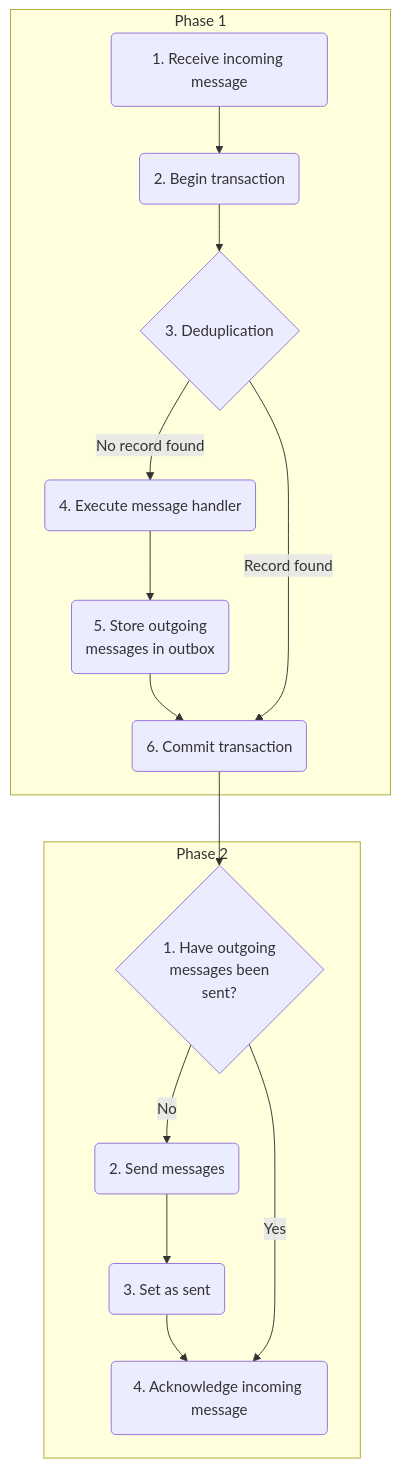
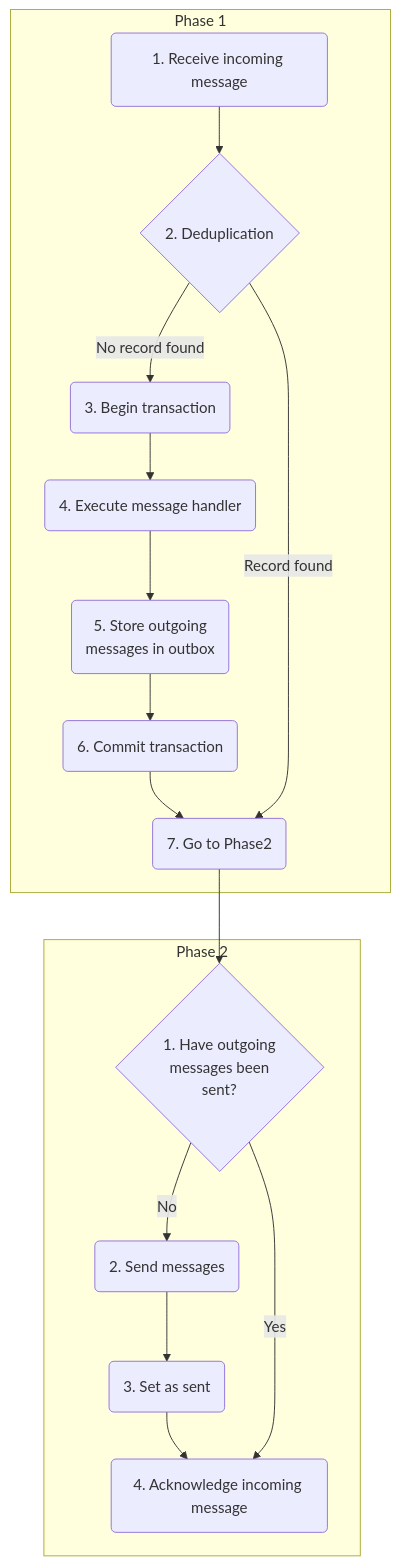
One commit to Particular/docs.particular.net changed the diagram in nservicebus/outbox/index.md. Above: the diagram before and after it, drawn with Mermaid. The commit also changed other lines of this file, not shown here.

Commit message:
modify to match code

````diff
--- a/nservicebus/outbox/index.md
+++ b/nservicebus/outbox/index.md
@@ -55,31 +55,33 @@
 ```mermaid
 graph TD
   subgraph Phase 1
-  receiveMessage(1. Receive incoming message)
-  createTx(2. Begin transaction)
-  dedupe{3. Deduplication}
+  receiveMessage(1. Receive incoming message)  
+  dedupe{2. Deduplication}
+  createTx(3. Begin transaction)
   messageHandler(4. Execute message handler)
   storeOutbox(5. Store outgoing<br/>messages in outbox)
   commitTx(6. Commit transaction)
+  phase2(7. Go to Phase2)
   end
 
   subgraph Phase 2
   areSent{1. Have outgoing<br/>messages been<br/>sent?}
   send(2. Send messages)
   updateOutbox(3. Set as sent)
   ack(4. Acknowledge incoming message)
   end
 
-  receiveMessage-->createTx
-  createTx-->dedupe
-  dedupe-- No record found -->messageHandler
+  receiveMessage-->dedupe
+  dedupe-- No record found -->createTx
+  createTx-->messageHandler
   messageHandler-->storeOutbox
   storeOutbox-->commitTx
-  commitTx-->areSent
+  commitTx-->phase2
+  phase2-->areSent
   send-->updateOutbox
-  updateOutbox-->ack
+  updateOutbox-->ack 
 
-  dedupe-- Record found -->commitTx
+  dedupe-- Record found -->phase2
   areSent-- No -->send
   areSent-- Yes -->ack
 ```
````
